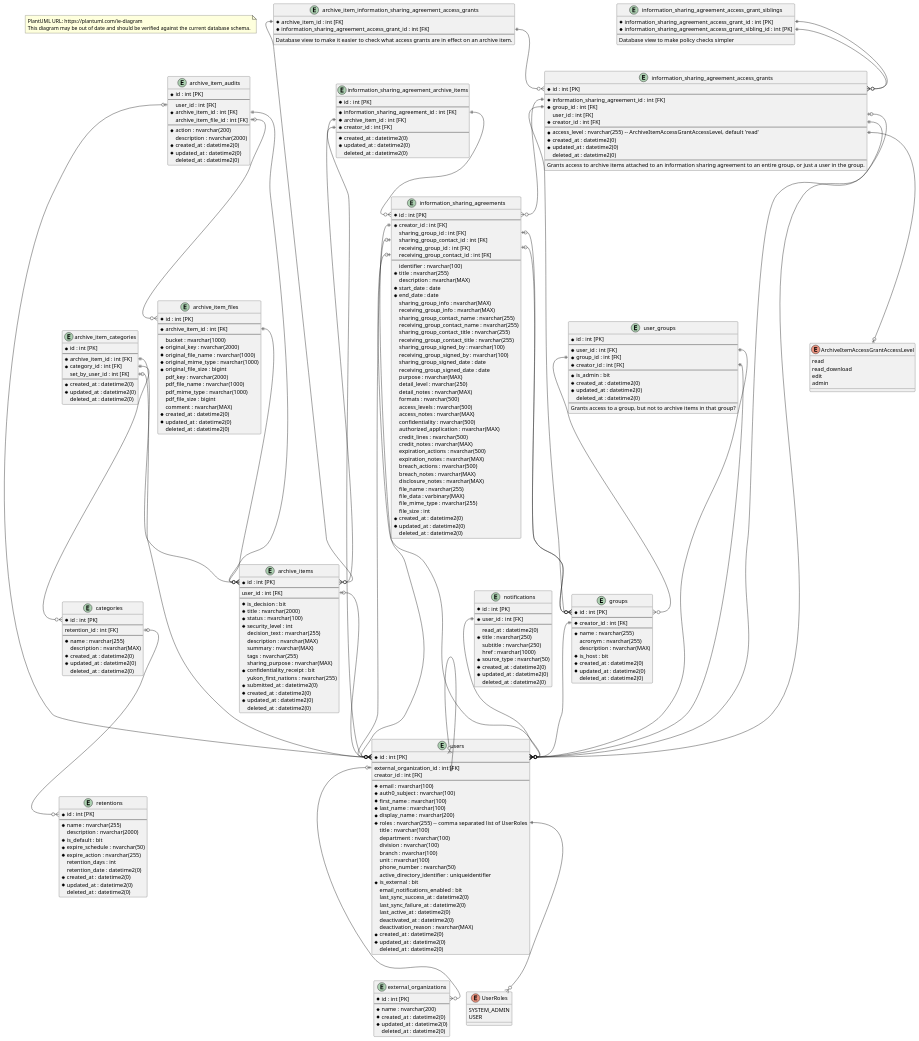
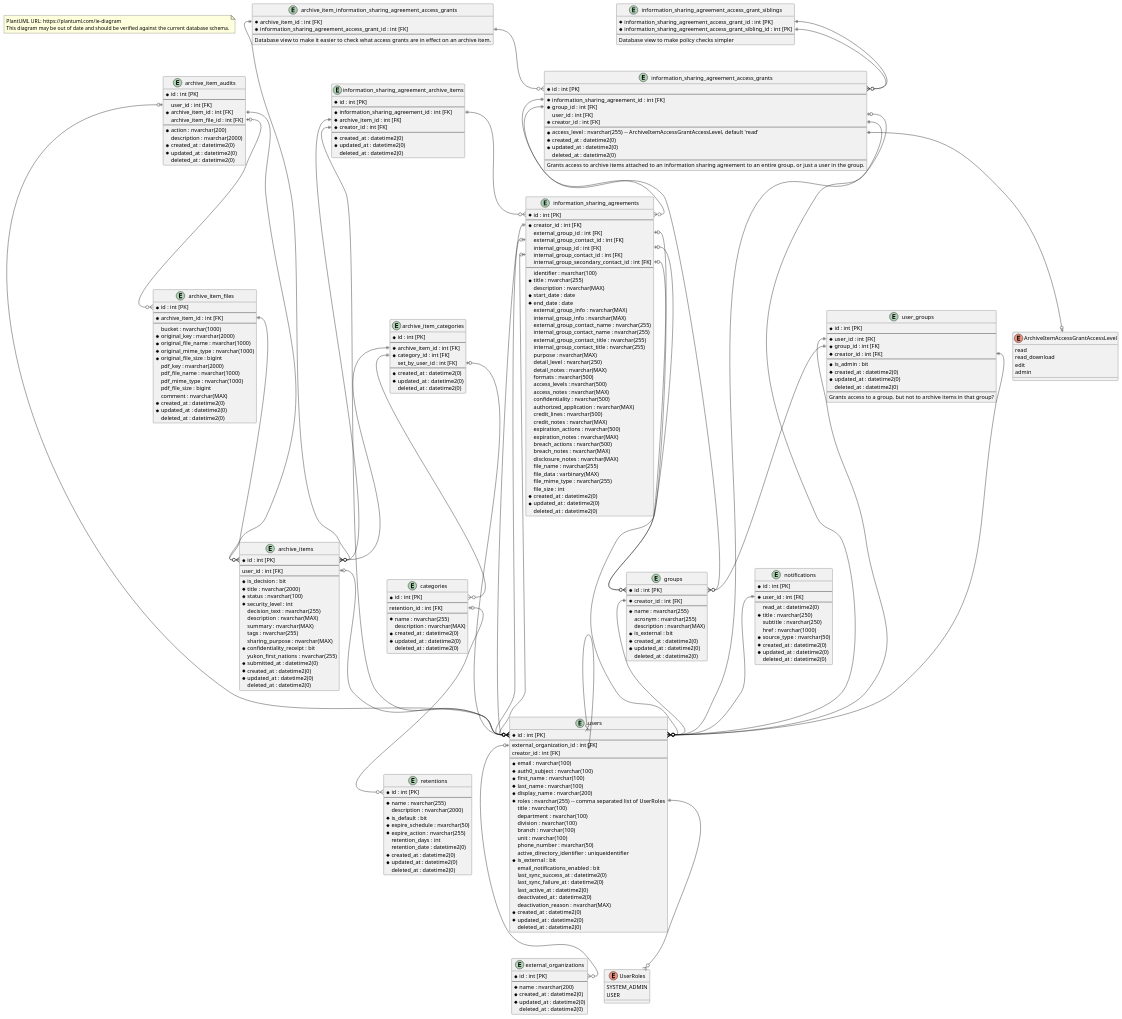
The diagram in _Design/Entity Relationship Diagram.wsd (ytgov/traditional-knowledge), drawn with PlantUML before and after one commit. The commit also changed 1 other file, not shown here.

Commit message:
:tophat: Update entity relationship diagram with renamed fields.

```diff
--- a/_Design/Entity Relationship Diagram.wsd
+++ b/_Design/Entity Relationship Diagram.wsd
@@ -117,7 +117,7 @@
   * name : nvarchar(255)
   acronym : nvarchar(255)
   description : nvarchar(MAX)
-  * is_host : bit
+  * is_external : bit
   * created_at : datetime2(0)
   * updated_at : datetime2(0)
   deleted_at : datetime2(0)
@@ -127,26 +127,23 @@
   * id : int [PK]
   --
   * creator_id : int [FK]
-  sharing_group_id : int [FK]
-  sharing_group_contact_id : int [FK]
-  receiving_group_id : int [FK]
-  receiving_group_contact_id : int [FK]
+  external_group_id : int [FK]
+  external_group_contact_id : int [FK]
+  internal_group_id : int [FK]
+  internal_group_contact_id : int [FK]
+  internal_group_secondary_contact_id : int [FK]
   --
   identifier : nvarchar(100)
   * title : nvarchar(255)
   description : nvarchar(MAX)
   * start_date : date
   * end_date : date
-  sharing_group_info : nvarchar(MAX)
-  receiving_group_info : nvarchar(MAX)
-  sharing_group_contact_name : nvarchar(255)
-  receiving_group_contact_name : nvarchar(255)
-  sharing_group_contact_title : nvarchar(255)
-  receiving_group_contact_title : nvarchar(255)
-  sharing_group_signed_by : nvarchar(100)
-  receiving_group_signed_by : nvarchar(100)
-  sharing_group_signed_date : date
-  receiving_group_signed_date : date
+  external_group_info : nvarchar(MAX)
+  internal_group_info : nvarchar(MAX)
+  external_group_contact_name : nvarchar(255)
+  internal_group_contact_name : nvarchar(255)
+  external_group_contact_title : nvarchar(255)
+  internal_group_contact_title : nvarchar(255)
   purpose : nvarchar(MAX)
   detail_level : nvarchar(250)
   detail_notes : nvarchar(MAX)
@@ -311,10 +308,11 @@
 information_sharing_agreement_archive_items::creator_id ||--o{ users::id
 information_sharing_agreement_archive_items::information_sharing_agreement_id ||--o{ information_sharing_agreements::id
 information_sharing_agreements::creator_id ||--o{ users::id
-information_sharing_agreements::receiving_group_contact_id |o--o{ users::id
-information_sharing_agreements::receiving_group_id |o--o{ groups::id
-information_sharing_agreements::sharing_group_contact_id |o--o{ users::id
-information_sharing_agreements::sharing_group_id |o--o{ groups::id
+information_sharing_agreements::external_group_id |o--o{ groups::id
+information_sharing_agreements::external_group_contact_id |o--o{ users::id
+information_sharing_agreements::internal_group_id |o--o{ groups::id
+information_sharing_agreements::internal_group_contact_id |o--o{ users::id
+information_sharing_agreements::internal_group_secondary_contact_id |o--o{ users::id
 notifications::user_id ||--o{ users::id
 user_groups::creator_id ||--o{ users::id
 user_groups::group_id ||--o{ groups::id
```
